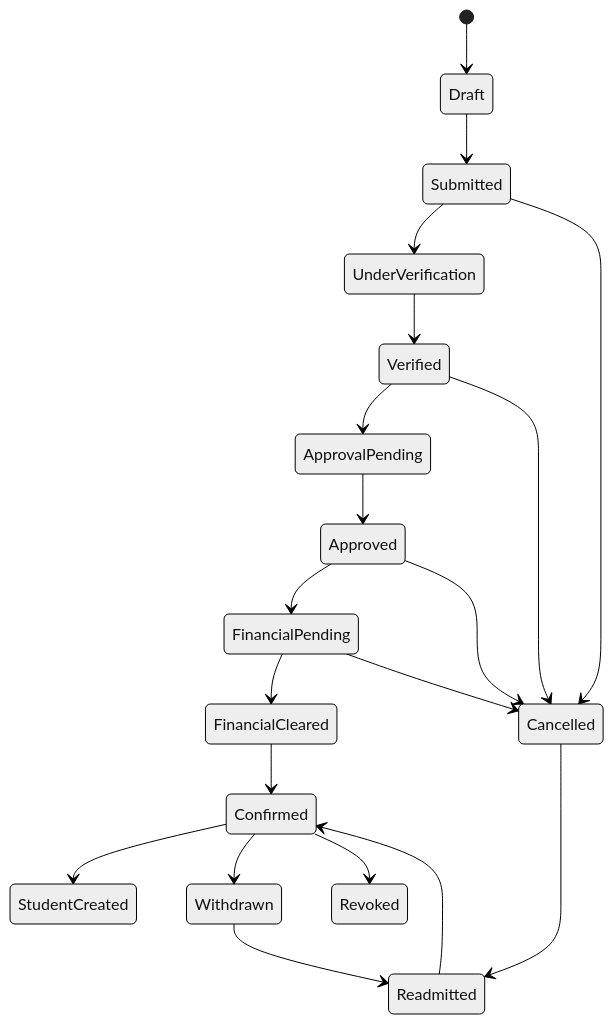
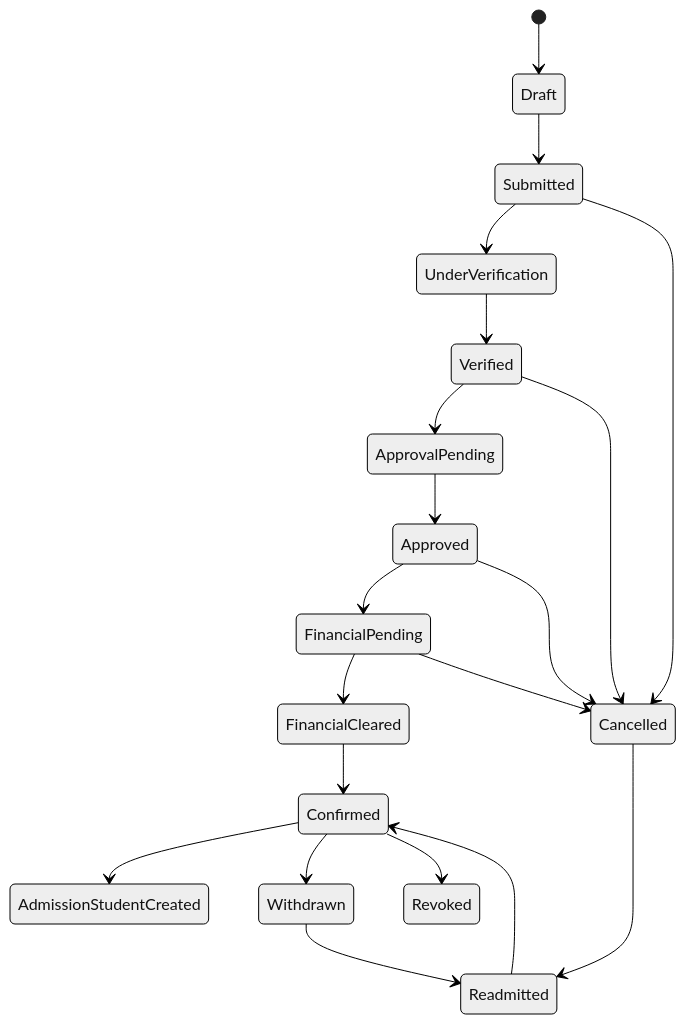
Before and after one commit to Varad1604/ERP_hark: diagram 11 of 24 in architecture/L2_Domain_Workflow_Architecture/section-c/L2-C01_Admissions_Workflows.md, drawn with Mermaid (neutral theme). The commit also changed other lines of this file and 32 other files, not shown here.

````diff
--- a/architecture/L2_Domain_Workflow_Architecture/section-c/L2-C01_Admissions_Workflows.md
+++ b/architecture/L2_Domain_Workflow_Architecture/section-c/L2-C01_Admissions_Workflows.md
@@ -5758,41 +5758,41 @@
 ```mermaid
 stateDiagram-v2
 
 [*] --> Draft
 
 Draft --> Submitted
 
 Submitted --> UnderVerification
 
 UnderVerification --> Verified
 
 Verified --> ApprovalPending
 
 ApprovalPending --> Approved
 
 Approved --> FinancialPending
 
 FinancialPending --> FinancialCleared
 
 FinancialCleared --> Confirmed
 
-Confirmed --> StudentCreated
+Confirmed --> AdmissionStudentCreated
 
 Submitted --> Cancelled
 
 Verified --> Cancelled
 
 Approved --> Cancelled
 
 FinancialPending --> Cancelled
 
 Confirmed --> Withdrawn
 
 Confirmed --> Revoked
 
 Withdrawn --> Readmitted
 
 Cancelled --> Readmitted
 
 Readmitted --> Confirmed
 ```
````
